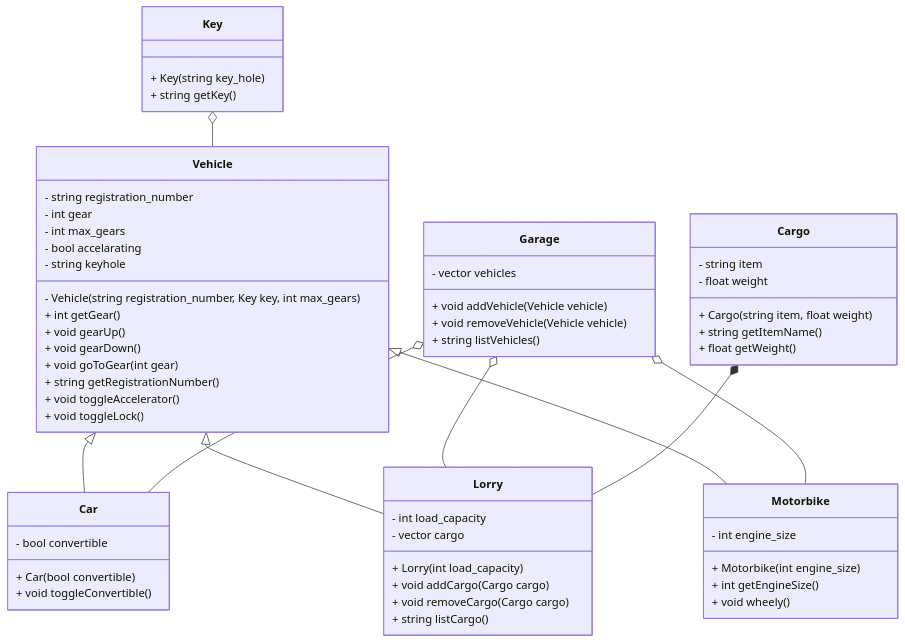
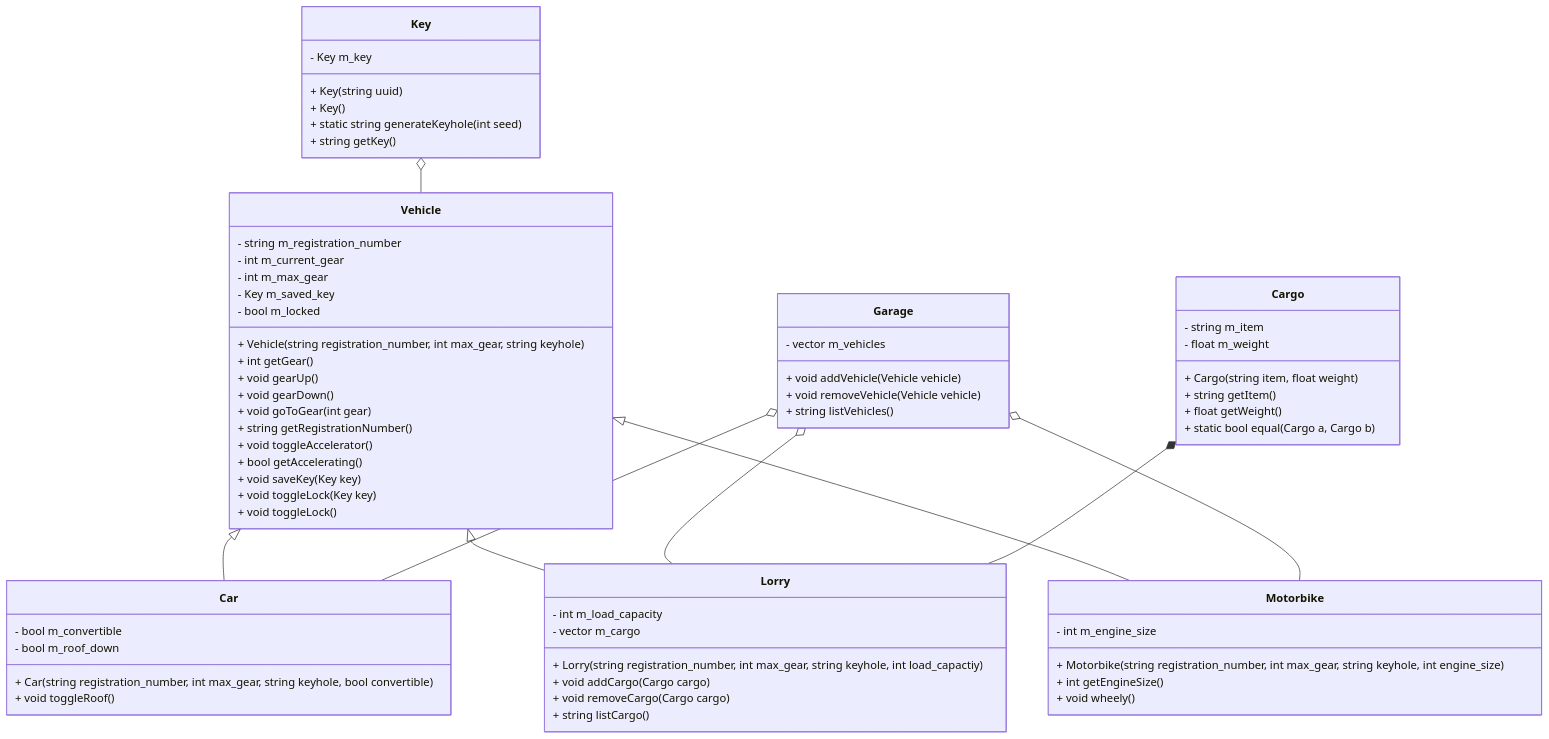
One commit to jacoboneill/Obsidian-Vault changed the diagram in Computer Science/AQA A-Level Computer Science/Object-Oriented Programming Example.md. Above: the diagram before and after it, drawn with Mermaid. The commit also changed other lines of this file, not shown here.

Commit message:
Fix Indentation in Code and Update Class Diagram

````diff
--- a/Computer Science/AQA A-Level Computer Science/Object-Oriented Programming Example.md
+++ b/Computer Science/AQA A-Level Computer Science/Object-Oriented Programming Example.md
@@ -9,71 +9,79 @@
 ```mermaid
 classDiagram
 	Vehicle <|-- Car
 	Vehicle <|-- Lorry
 	Vehicle <|-- Motorbike 
 	
 	Garage o-- Car 
 	Garage o-- Lorry 
 	Garage o-- Motorbike 
 	
 	Key o-- Vehicle 
 	Cargo *-- Lorry 
 	
 	class Garage{ 
-		- vector<Vehicle> vehicles 
-		+ void addVehicle(Vehicle vehicle) 
-		+ void removeVehicle(Vehicle vehicle) 
-		+ string listVehicles() 
+		+ void addVehicle(Vehicle vehicle)
+		+ void removeVehicle(Vehicle vehicle)
+		+ string listVehicles()
+		- vector<Vehicle> m_vehicles
 	} 
 	
 	class Vehicle{
-		- Vehicle(string registration_number, Key key, int max_gears)
-		- string registration_number
-		- int gear
-		- int max_gears
-		- bool accelarating
-		- string keyhole
+		+ Vehicle(string registration_number, int max_gear, string keyhole)
 		+ int getGear()
 		+ void gearUp()
 		+ void gearDown()
 		+ void goToGear(int gear)
 		+ string getRegistrationNumber()
 		+ void toggleAccelerator()
+		+ bool getAccelerating()
+		+ void saveKey(Key key)
+		+ void toggleLock(Key key)
 		+ void toggleLock()
+		- string m_registration_number
+		- int m_current_gear
+		- int m_max_gear
+		- Key m_saved_key
+		- bool m_locked
 	} 
 	
 	class Car{
-		+ Car(bool convertible)
-		- bool convertible
-		+ void toggleConvertible()
+		+ Car(string registration_number, int max_gear, string keyhole, bool convertible)
+		+ void toggleRoof()
+		- bool m_convertible
+		- bool m_roof_down
 	}
 	
 	class Lorry{
-		+ Lorry(int load_capacity)
-		- int load_capacity
-		- vector<Cargo> cargo
+		+ Lorry(string registration_number, int max_gear, string keyhole, int load_capactiy)
 		+ void addCargo(Cargo cargo)
 		+ void removeCargo(Cargo cargo)
 		+ string listCargo()
+		- int m_load_capacity
+		- vector<Cargo> m_cargo
 	}
 	
 	class Motorbike{
-		+ Motorbike(int engine_size)
-		- int engine_size
+		+ Motorbike(string registration_number, int max_gear, string keyhole, int engine_size)
 		+ int getEngineSize()
-		 + void wheely()
+		+ void wheely()
+		- int m_engine_size
 	 } 
 	 
 	 class Key{
-		 + Key(string key_hole)
+		 + Key(string uuid)
+		 + Key()
+		 + static string generateKeyhole(int seed)
 		 + string getKey()
+		 - Key m_key
 	} 
 	
 	class Cargo{
 		+ Cargo(string item, float weight)
-		- string item
-		- float weight
-		+ string getItemName()
+		+ string getItem()
 		+ float getWeight()
+		+ static bool equal(Cargo a, Cargo b)
+		- string m_item
+		- float m_weight
 	}
 ```
````
